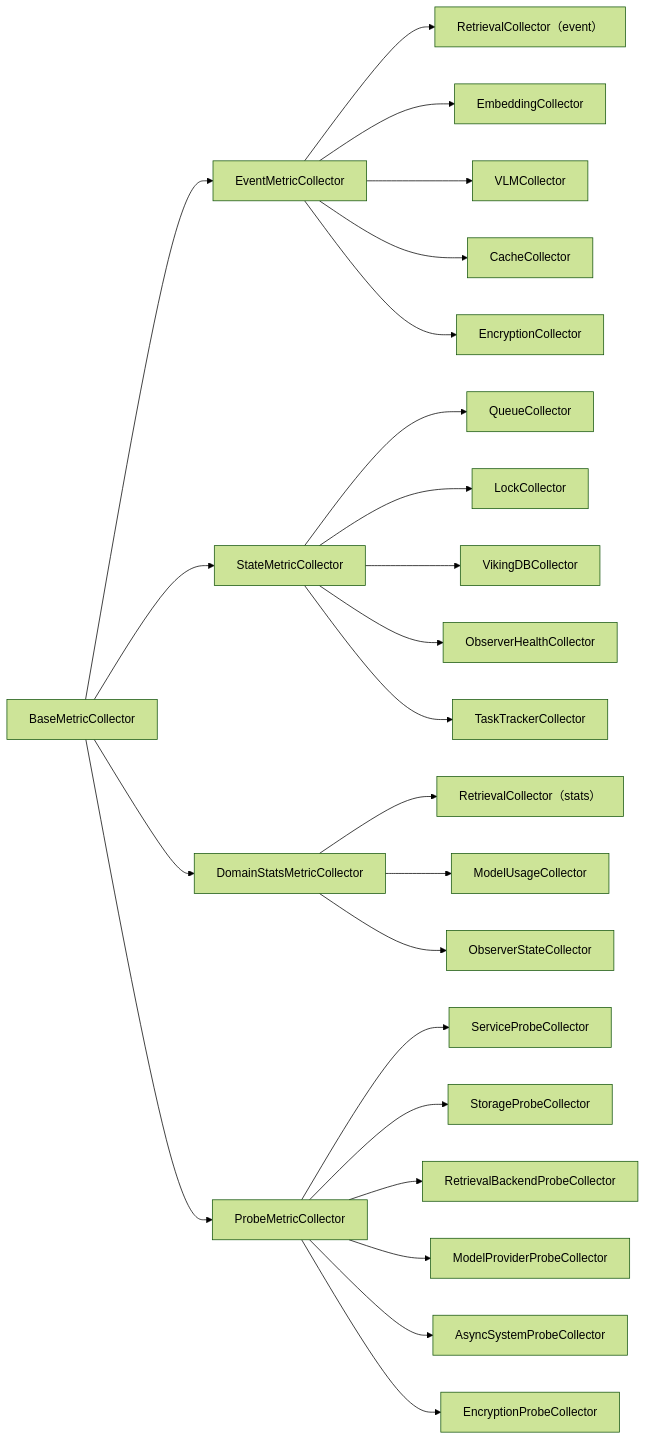
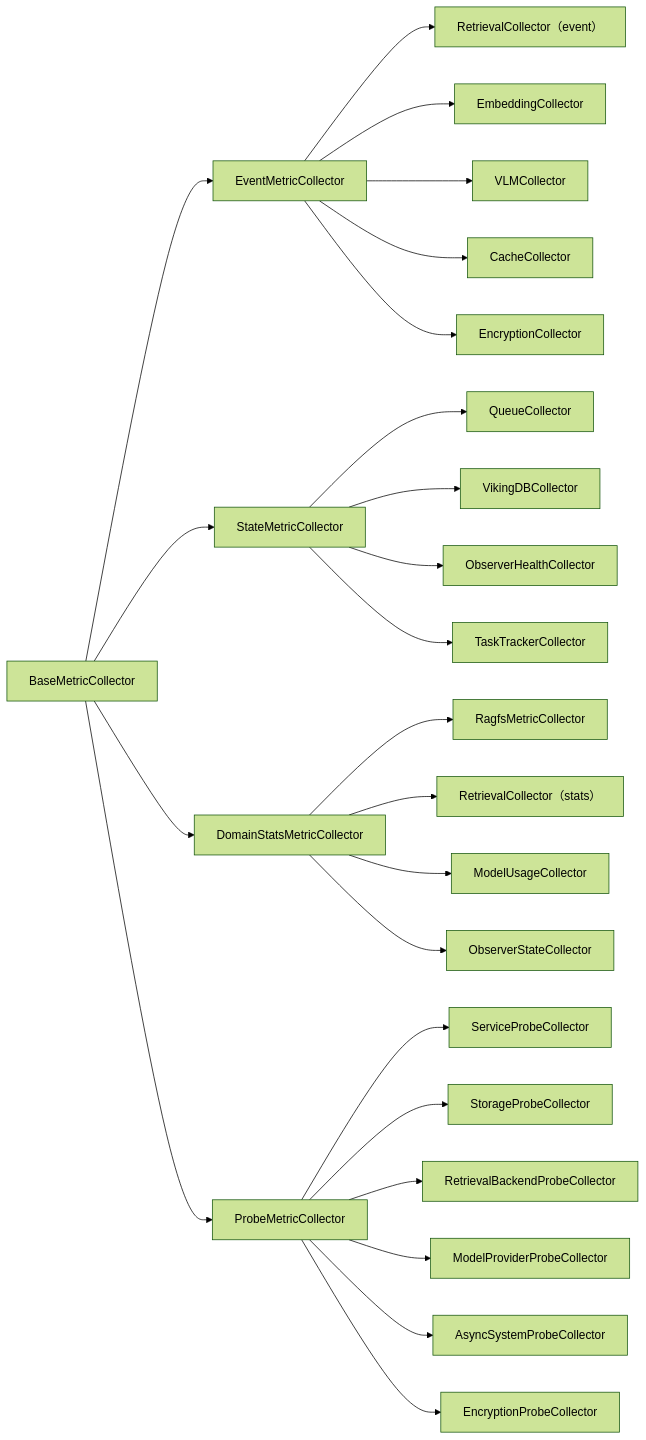
Before and after one commit to frankyang2008-eng/OpenViking: the third of 5 diagrams in docs/design/metric-design.md, drawn with Mermaid (forest theme). The commit also changed other lines of this file and 29 other files, not shown here.

First line of the commit message:
feat(metric): export ragfs metrics to python observability system (#5041)

````diff
--- a/docs/design/metric-design.md
+++ b/docs/design/metric-design.md
@@ -338,51 +338,51 @@
 ```mermaid
 graph LR
     A["BaseMetricCollector"]
     B["EventMetricCollector"]
     C["StateMetricCollector"]
     D["DomainStatsMetricCollector"]
     E["ProbeMetricCollector"]
     F["RetrievalCollector（event）"]
     G["EmbeddingCollector"]
     H["VLMCollector"]
     I["CacheCollector"]
     J["EncryptionCollector"]
     K["QueueCollector"]
-    L["LockCollector"]
+    L["RagfsMetricCollector"]
     M["VikingDBCollector"]
     N["ObserverHealthCollector"]
     O["TaskTrackerCollector"]
     P["RetrievalCollector（stats）"]
     Q["ModelUsageCollector"]
     R["ObserverStateCollector"]
     S["ServiceProbeCollector"]
     T["StorageProbeCollector"]
     U["RetrievalBackendProbeCollector"]
     V["ModelProviderProbeCollector"]
     W["AsyncSystemProbeCollector"]
     X["EncryptionProbeCollector"]
 
     A --> B
     A --> C
     A --> D
     A --> E
     B --> F
     B --> G
     B --> H
     B --> I
     B --> J
     C --> K
-    C --> L
+    D --> L
     C --> M
     C --> N
     C --> O
     D --> P
     D --> Q
     D --> R
     E --> S
     E --> T
     E --> U
     E --> V
     E --> W
     E --> X
 ```
````
